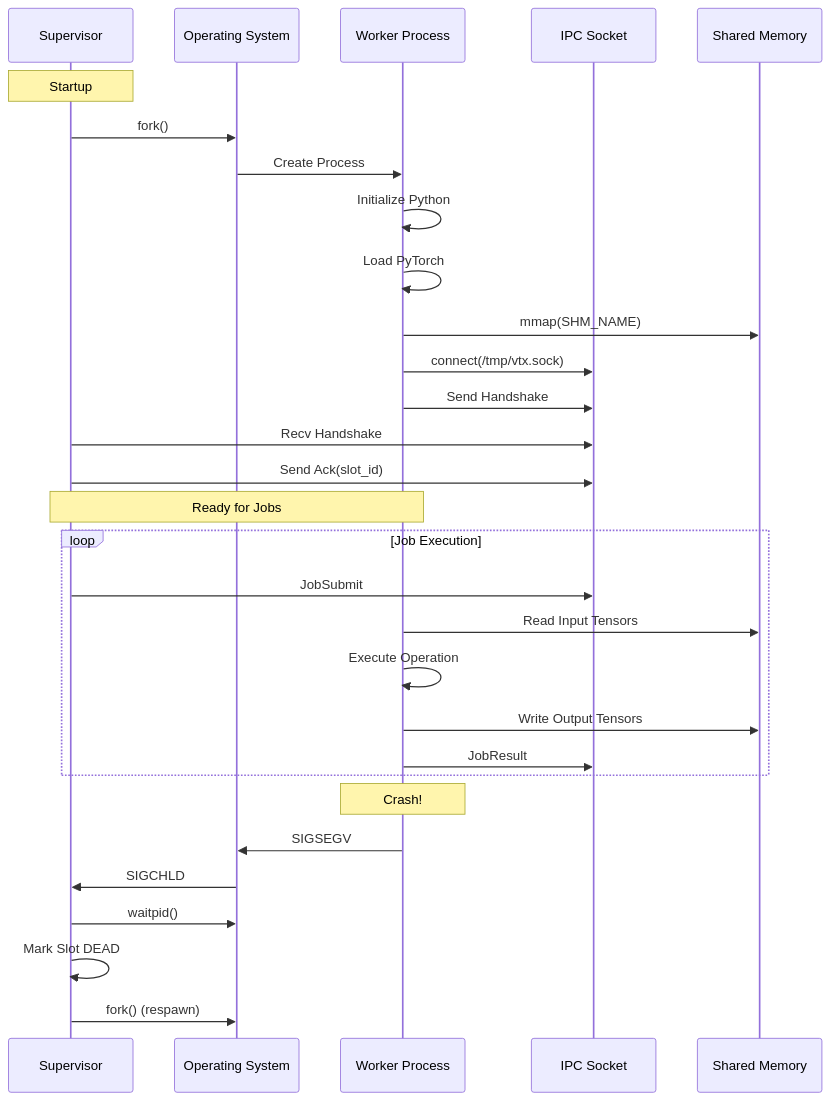
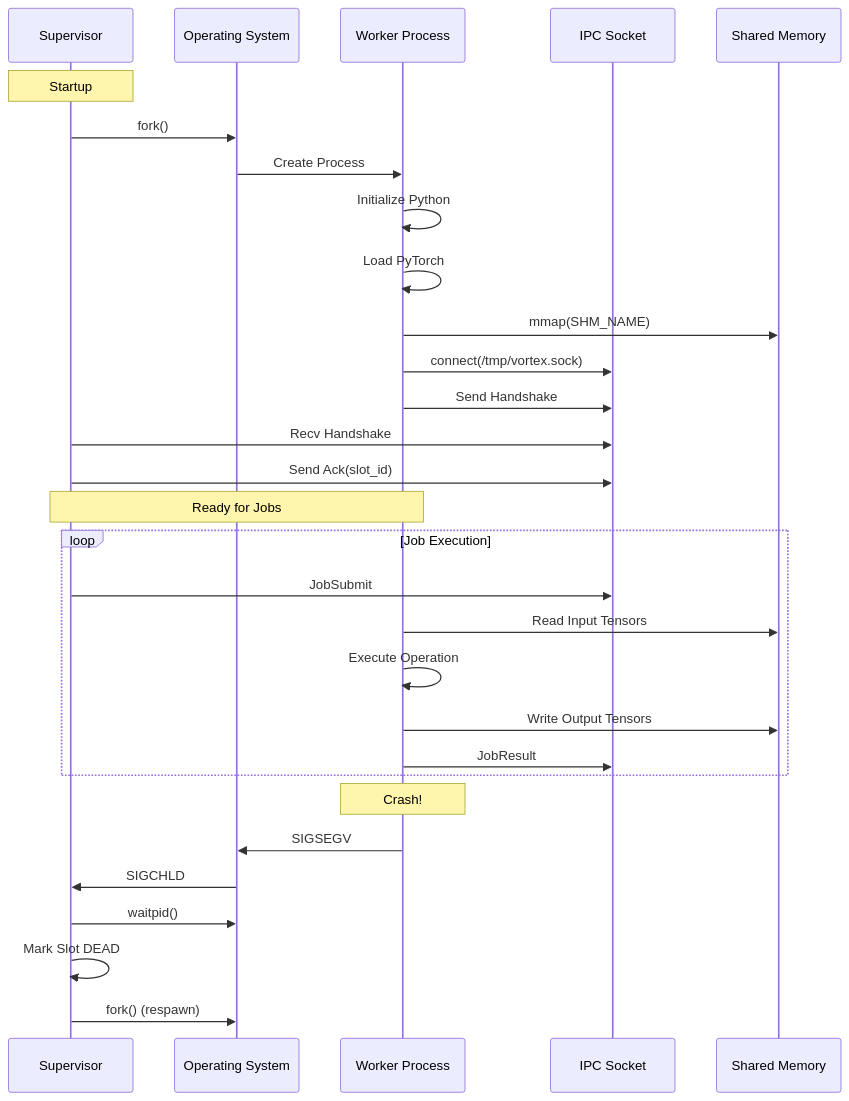
One commit to somatechlat/vortex changed diagram 16 of 28 in gemini/docs/specs/01_core_engine_srs.md. Above: the diagram before and after it, drawn with Mermaid. The commit also changed other lines of this file and 25 other files, not shown here.

````diff
--- a/gemini/docs/specs/01_core_engine_srs.md
+++ b/gemini/docs/specs/01_core_engine_srs.md
@@ -1224,35 +1224,35 @@
 ```mermaid
 sequenceDiagram
     participant SUP as Supervisor
     participant OS as Operating System
     participant WRK as Worker Process
     participant IPC as IPC Socket
     participant SHM as Shared Memory
 
     Note over SUP: Startup
     SUP->>OS: fork()
     OS->>WRK: Create Process
     WRK->>WRK: Initialize Python
     WRK->>WRK: Load PyTorch
     WRK->>SHM: mmap(SHM_NAME)
-    WRK->>IPC: connect(/tmp/vtx.sock)
+    WRK->>IPC: connect(/tmp/vortex.sock)
     WRK->>IPC: Send Handshake
     SUP->>IPC: Recv Handshake
     SUP->>IPC: Send Ack(slot_id)
     Note over SUP,WRK: Ready for Jobs
     
     loop Job Execution
         SUP->>IPC: JobSubmit
         WRK->>SHM: Read Input Tensors
         WRK->>WRK: Execute Operation
         WRK->>SHM: Write Output Tensors
         WRK->>IPC: JobResult
     end
     
     Note over WRK: Crash!
     WRK->>OS: SIGSEGV
     OS->>SUP: SIGCHLD
     SUP->>OS: waitpid()
     SUP->>SUP: Mark Slot DEAD
     SUP->>OS: fork() (respawn)
 ```
````
